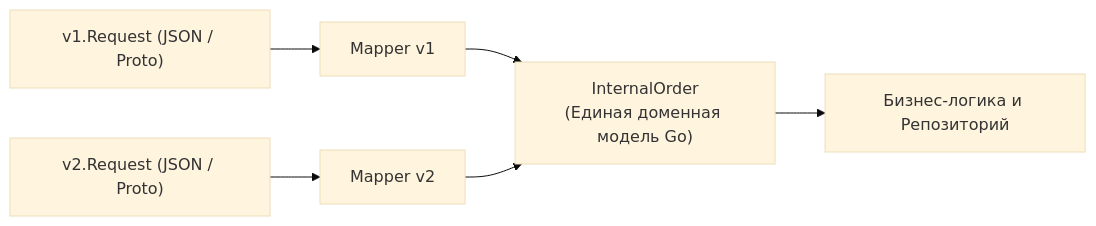
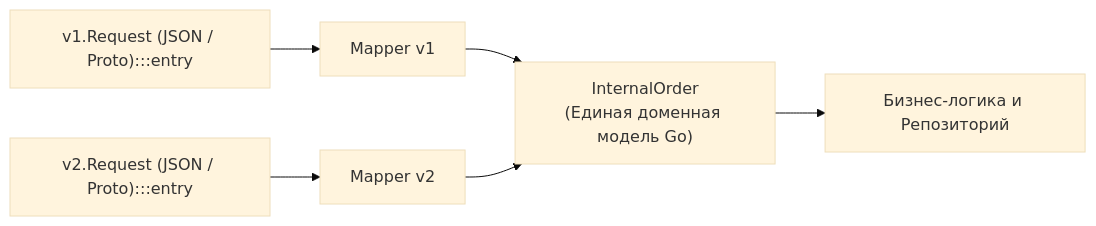
One commit to UnrealTemplier/go-textbook changed the third of 3 diagrams in sources/14. Распределенные системы на Go/04. Микросервисы/6. Versioning сервисов.md. Above: the diagram before and after it, drawn with Mermaid (base theme). The commit also changed other lines of this file and 1666 other files, not shown here.

First line of the commit message:
feat(mermaid): add semantic color classDef to 1369 colorless flowchart/graph diagrams

````diff
--- a/sources/14. Распределенные системы на Go/04. Микросервисы/6. Versioning сервисов.md
+++ b/sources/14. Распределенные системы на Go/04. Микросервисы/6. Versioning сервисов.md
@@ -132,10 +152,20 @@
 ```mermaid
 flowchart LR
-    V1Req["v1.Request (JSON / Proto)"] --> Map1["Mapper v1"]
-    V2Req["v2.Request (JSON / Proto)"] --> Map2["Mapper v2"]
+    classDef process  fill:#1e293b,stroke:#38bdf8,stroke-width:1px,color:#f8fafc
+    classDef success  fill:#064e3b,stroke:#34d399,stroke-width:1px,color:#f8fafc
+    classDef error    fill:#7f1d1d,stroke:#f87171,stroke-width:1px,color:#f8fafc
+    classDef warning  fill:#78350f,stroke:#fbbf24,stroke-width:1px,color:#f8fafc
+    classDef entry    fill:#1e3a5f,stroke:#38bdf8,stroke-width:2px,color:#f8fafc
+    classDef aux      fill:#334155,stroke:#64748b,stroke-width:1px,color:#f8fafc
+    classDef system   fill:#312e81,stroke:#a78bfa,stroke-width:1px,color:#f8fafc
+    classDef data     fill:#132d29,stroke:#2dd4bf,stroke-width:1px,color:#f8fafc
+    classDef network  fill:#881337,stroke:#fb7185,stroke-width:1px,color:#f8fafc
+    classDef accent   fill:#1e1b4b,stroke:#818cf8,stroke-width:1px,color:#f8fafc
+    V1Req["v1.Request (JSON / Proto):::entry"] --> Map1["Mapper v1"]
+    V2Req["v2.Request (JSON / Proto):::entry"] --> Map2["Mapper v2"]
     
     Map1 --> Core["InternalOrder<br/>(Единая доменная модель Go)"]
     Map2 --> Core
     
     Core --> Logic["Бизнес-логика и Репозиторий"]
 ```
````
